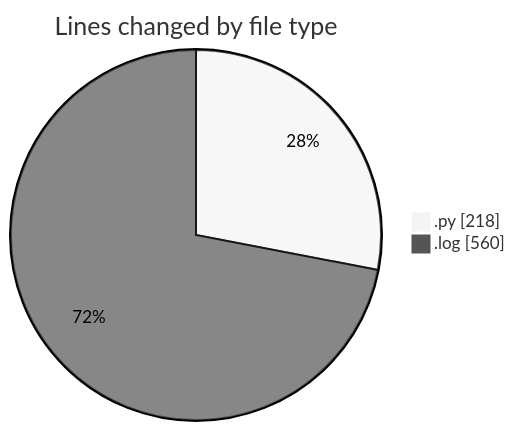
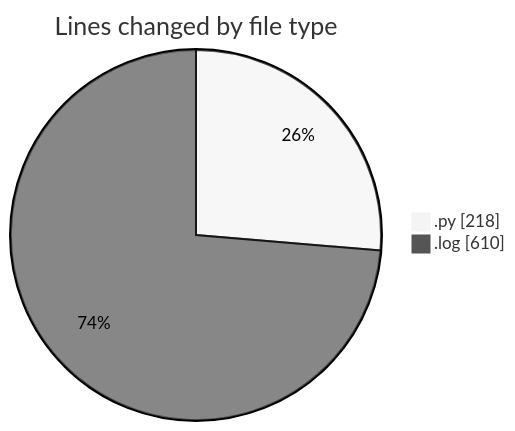
The first of 2 diagrams in 2025-05-07/samplepdf/README.md (momahboobian/code-tracking), drawn with Mermaid (neutral theme) before and after one commit. The commit also changed other lines of this file and 1 other file, not shown here.

````diff
--- a/2025-05-07/samplepdf/README.md
+++ b/2025-05-07/samplepdf/README.md
@@ -24,6 +24,6 @@
 ```mermaid
 pie showData
 title Lines changed by file type
 ".py" : 218
-".log" : 560
+".log" : 610
 ```
````
